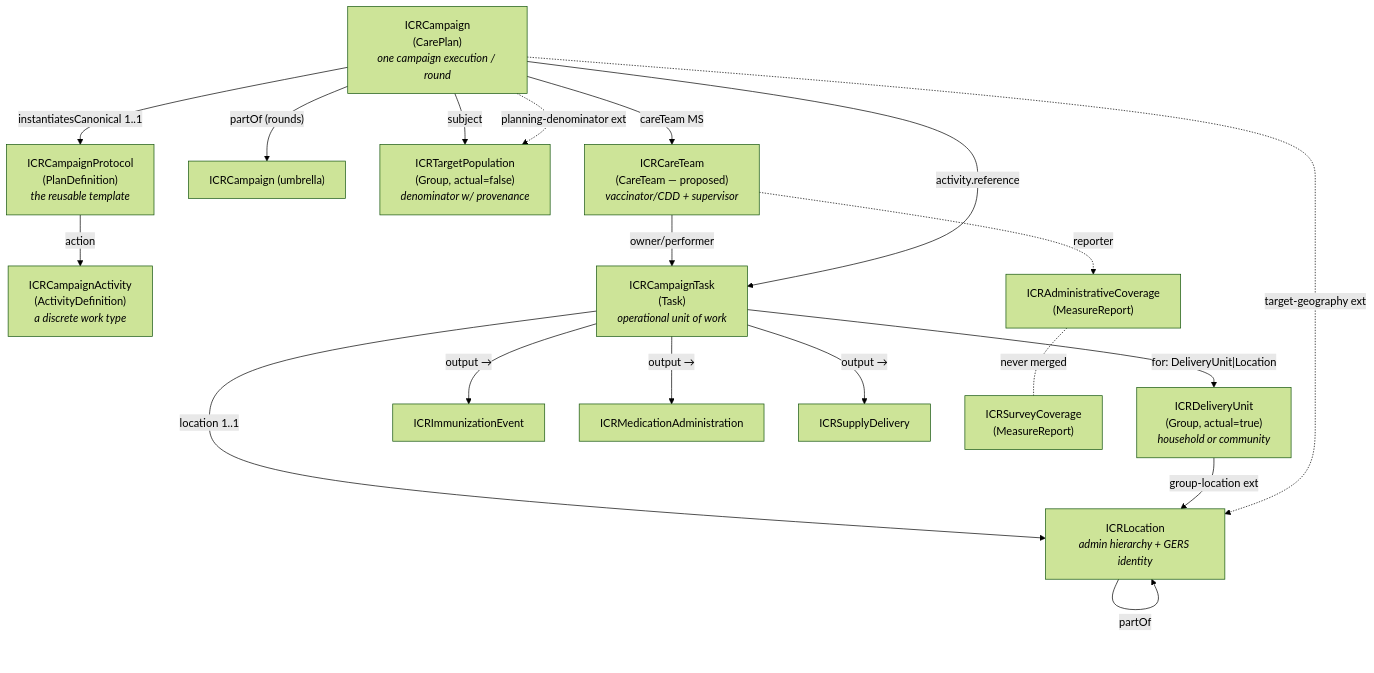
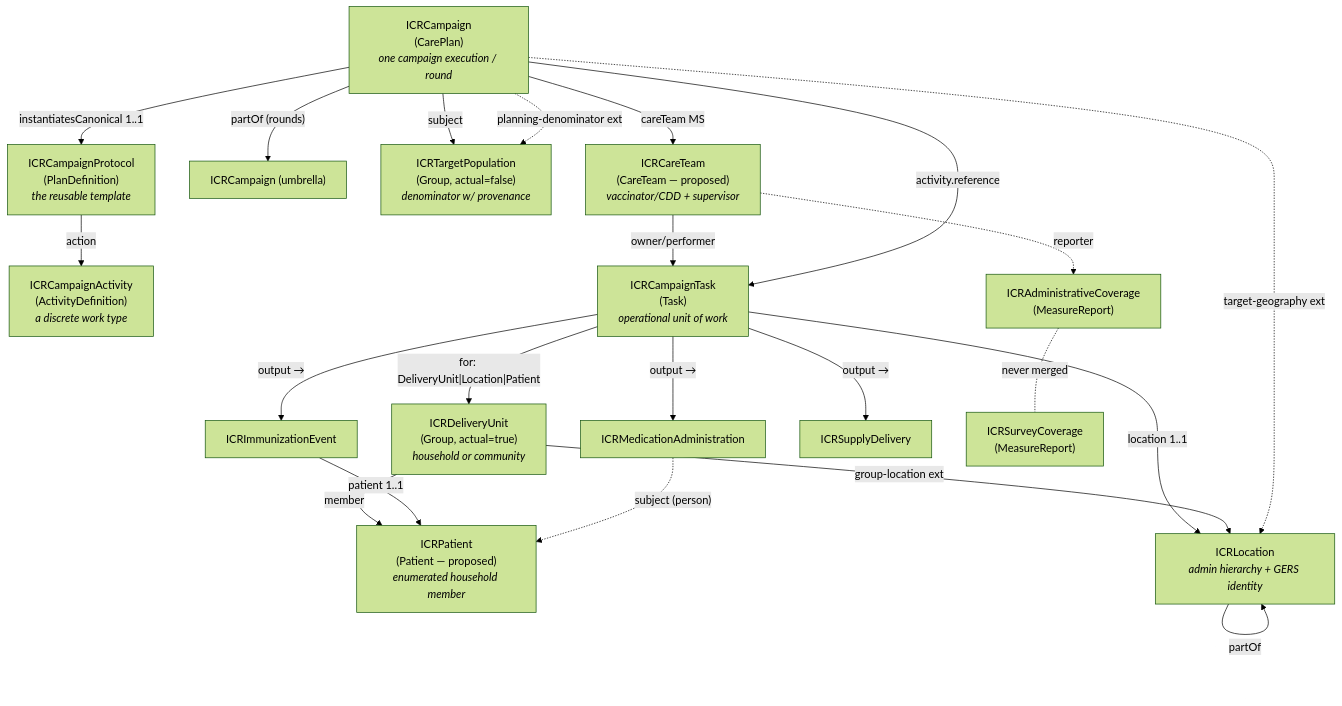
The first of 4 diagrams in project/ig-info.md (recodelabs/icr), drawn with Mermaid (forest theme) before and after one commit. The commit also changed other lines of this file, not shown here.

Commit message:
ig-info v0.14.0: person registration mainline + proposed ICRPatient profile (§6.4)

````diff
--- a/project/ig-info.md
+++ b/project/ig-info.md
@@ -209,36 +211,40 @@
 ```mermaid
 graph TD
     PD["ICRCampaignProtocol<br/>(PlanDefinition)<br/><i>the reusable template</i>"]
     AD["ICRCampaignActivity<br/>(ActivityDefinition)<br/><i>a discrete work type</i>"]
     CP["ICRCampaign<br/>(CarePlan)<br/><i>one campaign execution / round</i>"]
     CPU["ICRCampaign (umbrella)"]
     T["ICRCampaignTask<br/>(Task)<br/><i>operational unit of work</i>"]
     TP["ICRTargetPopulation<br/>(Group, actual=false)<br/><i>denominator w/ provenance</i>"]
     HH["ICRDeliveryUnit<br/>(Group, actual=true)<br/><i>household or community</i>"]
+    PT["ICRPatient<br/>(Patient — proposed)<br/><i>enumerated household member</i>"]
     L["ICRLocation<br/><i>admin hierarchy + GERS identity</i>"]
     IMM["ICRImmunizationEvent"]
     MED["ICRMedicationAdministration"]
     SUP["ICRSupplyDelivery"]
     AC["ICRAdministrativeCoverage<br/>(MeasureReport)"]
     SC["ICRSurveyCoverage<br/>(MeasureReport)"]
     CT["ICRCareTeam<br/>(CareTeam — proposed)<br/><i>vaccinator/CDD + supervisor</i>"]
 
     PD -- "action" --> AD
     CP -- "instantiatesCanonical 1..1" --> PD
     CP -- "partOf (rounds)" --> CPU
     CP -- "subject" --> TP
     CP -- "careTeam MS" --> CT
     CT -- "owner/performer" --> T
     CT -. "reporter" .-> AC
     CP -- "activity.reference" --> T
-    T -- "for: DeliveryUnit|Location" --> HH
+    T -- "for: DeliveryUnit|Location|Patient" --> HH
     T -- "location 1..1" --> L
     T -- "output →" --> IMM
     T -- "output →" --> MED
     T -- "output →" --> SUP
+    HH -- "member" --> PT
+    IMM -- "patient 1..1" --> PT
+    MED -. "subject (person)" .-> PT
     HH -- "group-location ext" --> L
     L -- "partOf" --> L
     CP -. "planning-denominator ext" .-> TP
     CP -. "target-geography ext" .-> L
     AC -. "never merged" .- SC
 ```
````
